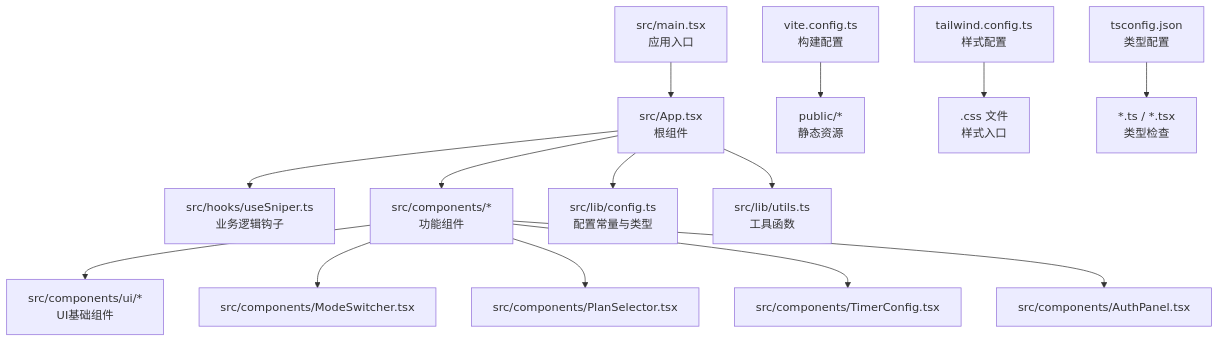
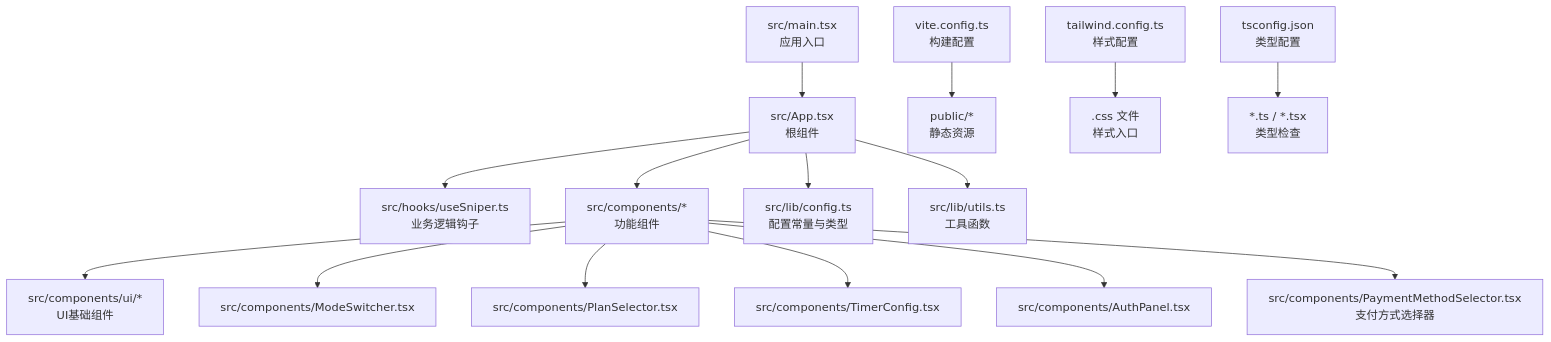
One commit to 16499259-oss/GLM-sniper changed the first of 8 diagrams in .qoder/repowiki/zh/content/核心架构/前端架构设计.md. Above: the diagram before and after it, drawn with Mermaid. The commit also changed other lines of this file and 6 other files, not shown here.

````diff
--- a/.qoder/repowiki/zh/content/核心架构/前端架构设计.md
+++ b/.qoder/repowiki/zh/content/核心架构/前端架构设计.md
@@ -39,16 +40,17 @@
 ```mermaid
 graph TB
 A["src/main.tsx<br/>应用入口"] --> B["src/App.tsx<br/>根组件"]
 B --> C["src/hooks/useSniper.ts<br/>业务逻辑钩子"]
 B --> D["src/components/*<br/>功能组件"]
 D --> D1["src/components/ui/*<br/>UI基础组件"]
 D --> D2["src/components/ModeSwitcher.tsx"]
 D --> D3["src/components/PlanSelector.tsx"]
 D --> D4["src/components/TimerConfig.tsx"]
 D --> D5["src/components/AuthPanel.tsx"]
+D --> D6["src/components/PaymentMethodSelector.tsx<br/>支付方式选择器"]
 B --> E["src/lib/config.ts<br/>配置常量与类型"]
 B --> F["src/lib/utils.ts<br/>工具函数"]
 G["vite.config.ts<br/>构建配置"] --> H["public/*<br/>静态资源"]
 I["tailwind.config.ts<br/>样式配置"] --> J[".css 文件<br/>样式入口"]
 K["tsconfig.json<br/>类型配置"] --> L["*.ts / *.tsx<br/>类型检查"]
 ```
````
